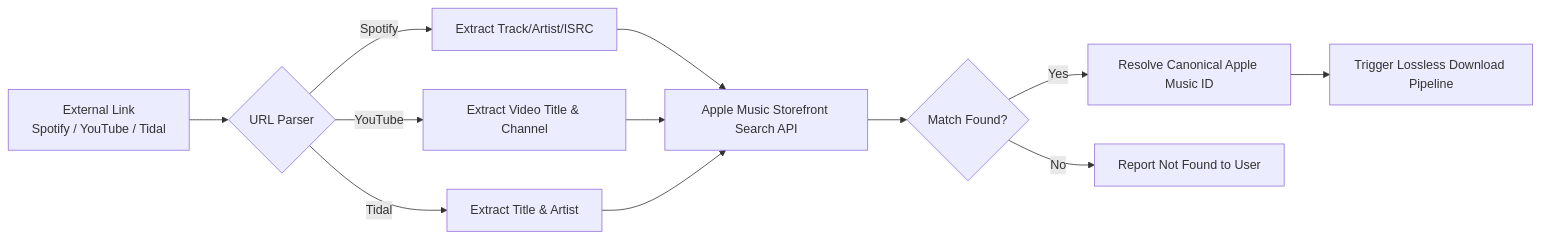
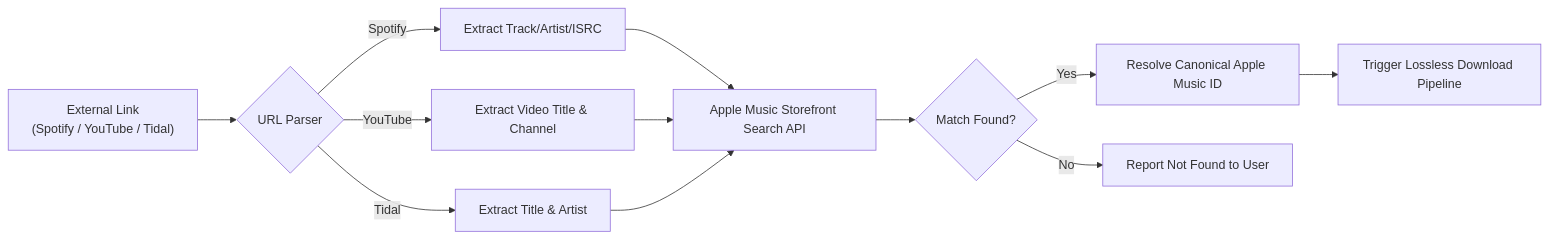
One commit to eepyyyy/Telegram_bot changed the fourth of 5 diagrams in readme.md. Above: the diagram before and after it, drawn with Mermaid. The commit also changed other lines of this file and 10 other files, not shown here.

Commit message:
docs: fix Mermaid syntax, add database schema & access details, organize tests/scripts

````diff
--- a/readme.md
+++ b/readme.md
@@ -173,16 +169,16 @@
 ```mermaid
 flowchart LR
-    A[External Link<br/>Spotify / YouTube / Tidal] --> B{URL Parser}
-    B -->|Spotify| C[Extract Track/Artist/ISRC]
-    B -->|YouTube| D[Extract Video Title & Channel]
-    B -->|Tidal| E[Extract Title & Artist]
+    A["External Link<br/>(Spotify / YouTube / Tidal)"] --> B{"URL Parser"}
+    B -->|"Spotify"| C["Extract Track/Artist/ISRC"]
+    B -->|"YouTube"| D["Extract Video Title & Channel"]
+    B -->|"Tidal"| E["Extract Title & Artist"]
     
-    C --> F[Apple Music Storefront Search API]
+    C --> F["Apple Music Storefront Search API"]
     D --> F
     E --> F
     
-    F --> G{Match Found?}
-    G -->|Yes| H[Resolve Canonical Apple Music ID]
-    G -->|No| I[Report Not Found to User]
-    H --> J[Trigger Lossless Download Pipeline]
+    F --> G{"Match Found?"}
+    G -->|"Yes"| H["Resolve Canonical Apple Music ID"]
+    G -->|"No"| I["Report Not Found to User"]
+    H --> J["Trigger Lossless Download Pipeline"]
 ```
````
